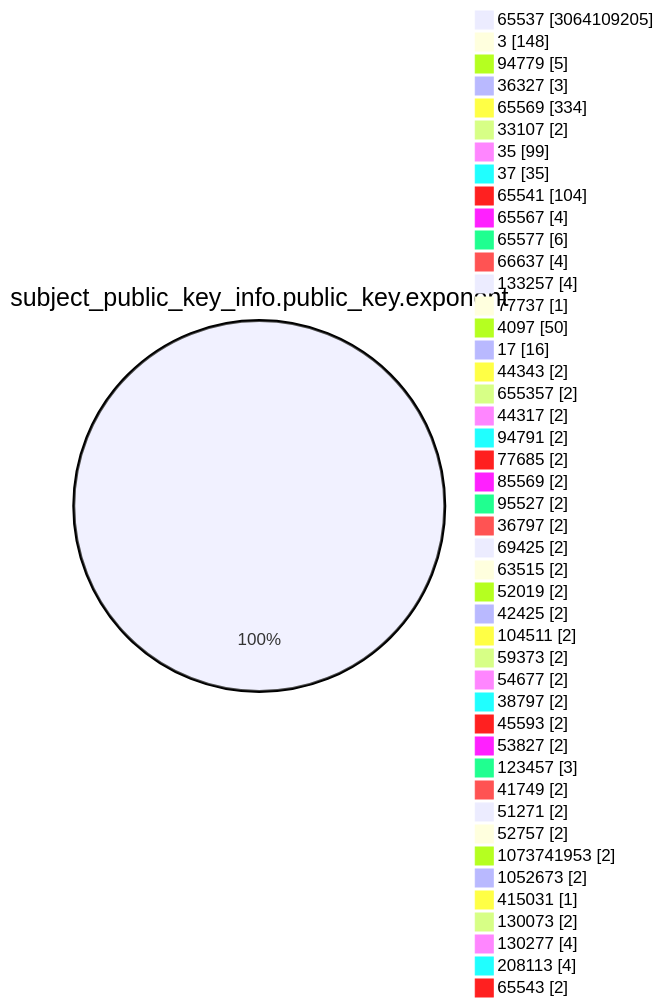
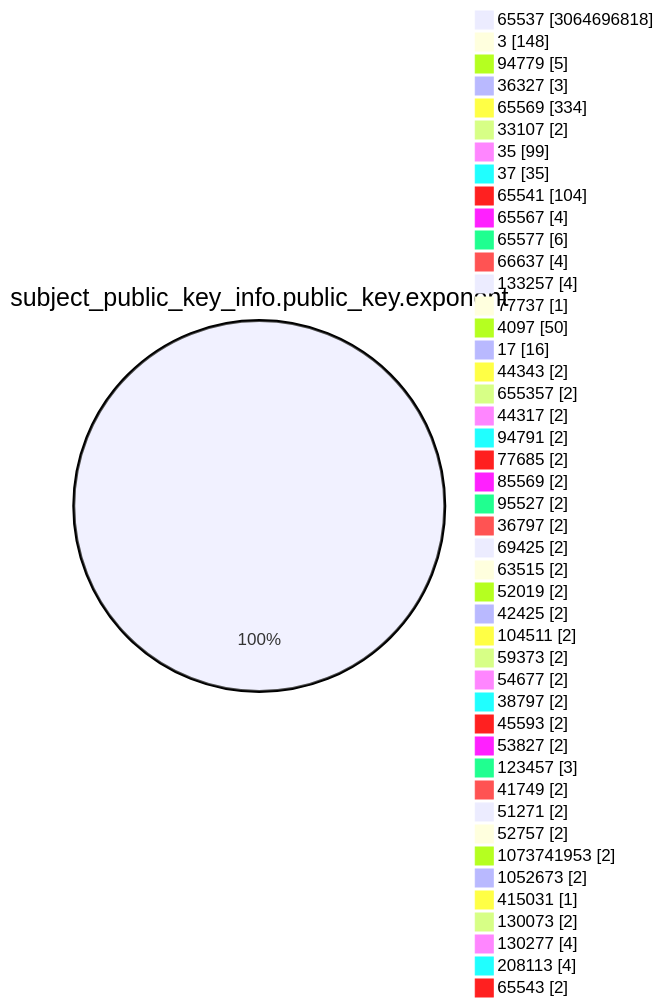
The fourth of 15 diagrams in TOTAL/README.md (christiankrug/ctmonitor_visualization), drawn with Mermaid before and after one commit. The commit also changed other lines of this file, not shown here.

````diff
--- a/TOTAL/README.md
+++ b/TOTAL/README.md
@@ -1473,49 +1473,49 @@
 ```mermaid
 pie showData
 title subject_public_key_info.public_key.exponent
-"65537" :3064109205
+"65537" :3064696818
 "3" :148
 "94779" :5
 "36327" :3
 "65569" :334
 "33107" :2
 "35" :99
 "37" :35
 "65541" :104
 "65567" :4
 "65577" :6
 "66637" :4
 "133257" :4
 "77737" :1
 "4097" :50
 "17" :16
 "44343" :2
 "655357" :2
 "44317" :2
 "94791" :2
 "77685" :2
 "85569" :2
 "95527" :2
 "36797" :2
 "69425" :2
 "63515" :2
 "52019" :2
 "42425" :2
 "104511" :2
 "59373" :2
 "54677" :2
 "38797" :2
 "45593" :2
 "53827" :2
 "123457" :3
 "41749" :2
 "51271" :2
 "52757" :2
 "1073741953" :2
 "1052673" :2
 "415031" :1
 "130073" :2
 "130277" :4
 "208113" :4
 "65543" :2
 ```
````
